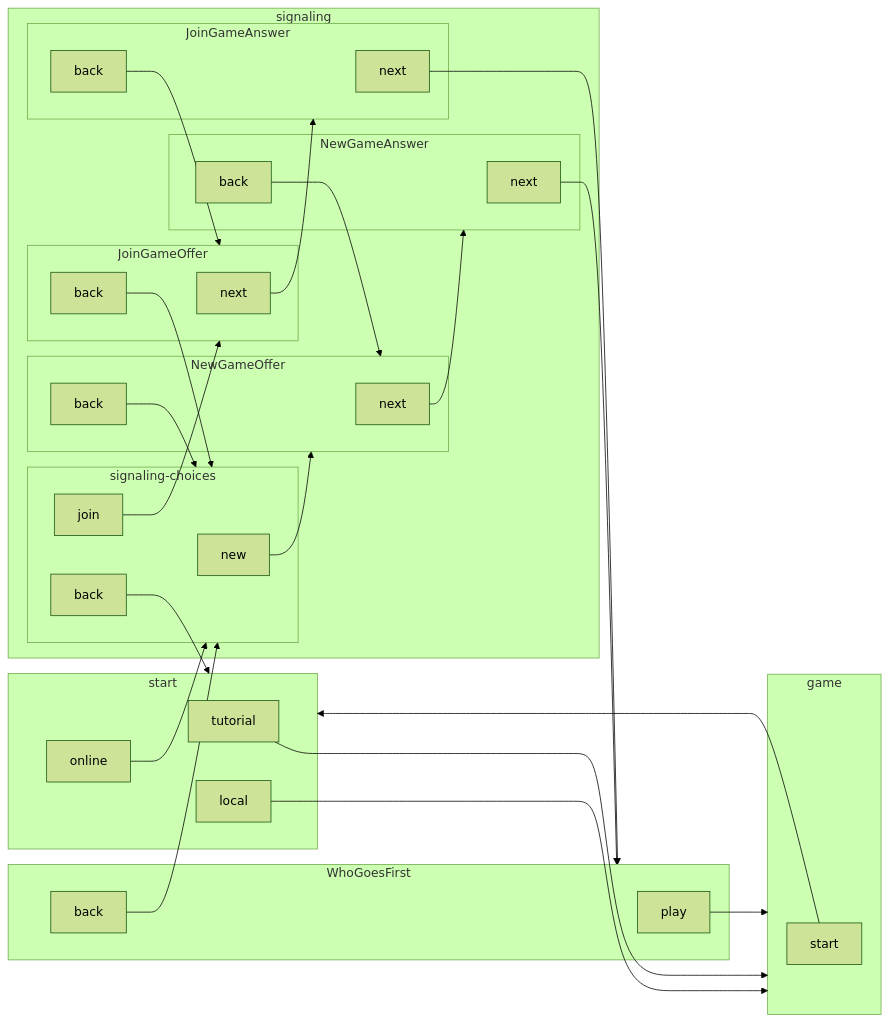
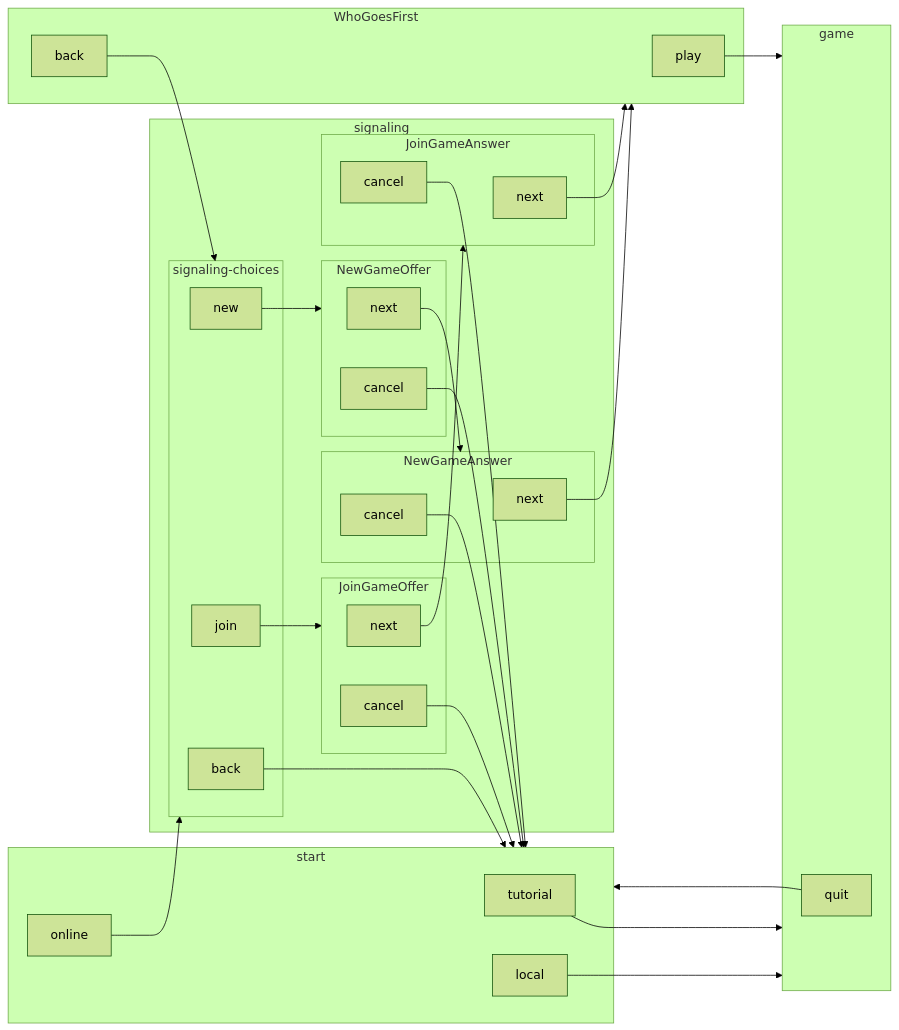
Before and after one commit to macabot/senet: the second of 3 diagrams in README.md, drawn with Mermaid (forest theme). The commit also changed 5 other files, not shown here.

````diff
--- a/README.md
+++ b/README.md
@@ -116,59 +116,59 @@
 ```mermaid
 graph LR
     subgraph start
         tutorial
         local
         online
     end
 
     subgraph signaling
         subgraph signaling-choices
             new
             join
             signaling-back["back"]
         end
         subgraph NewGameOffer
             NewGameOffer-next["next"]
-            NewGameOffer-back["back"]
+            NewGameOffer-cancel["cancel"]
         end
         subgraph NewGameAnswer
             NewGameAnswer-next["next"]
-            NewGameAnswer-back["back"]
+            NewGameAnswer-cancel["cancel"]
         end
         subgraph JoinGameOffer
             JoinGameOffer-next["next"]
-            JoinGameOffer-back["back"]
+            JoinGameOffer-cancel["cancel"]
         end
         subgraph JoinGameAnswer
             JoinGameAnswer-next["next"]
-            JoinGameAnswer-back["back"]
+            JoinGameAnswer-cancel["cancel"]
         end
     end
 
     subgraph WhoGoesFirst
         WhoGoesFirst-play["play"]
         WhoGoesFirst-back["back"]
     end
 
     subgraph game
-        game-start["start"]
+        game-quit["quit"]
     end
 
     online --> signaling-choices
     signaling-back --> start
     tutorial --> game
     local --> game
     new --> NewGameOffer
     join --> JoinGameOffer
     NewGameOffer-next --> NewGameAnswer
-    NewGameOffer-back --> signaling-choices
+    NewGameOffer-cancel --> start
     JoinGameOffer-next --> JoinGameAnswer
-    JoinGameOffer-back --> signaling-choices
+    JoinGameOffer-cancel --> start
     NewGameAnswer-next --> WhoGoesFirst
-    NewGameAnswer-back --> NewGameOffer
+    NewGameAnswer-cancel --> start
     JoinGameAnswer-next --> WhoGoesFirst
-    JoinGameAnswer-back --> JoinGameOffer
+    JoinGameAnswer-cancel --> start
     WhoGoesFirst-play --> game
     WhoGoesFirst-back --> signaling-choices
-    game-start --> start
+    game-quit --> start
 ```
````
